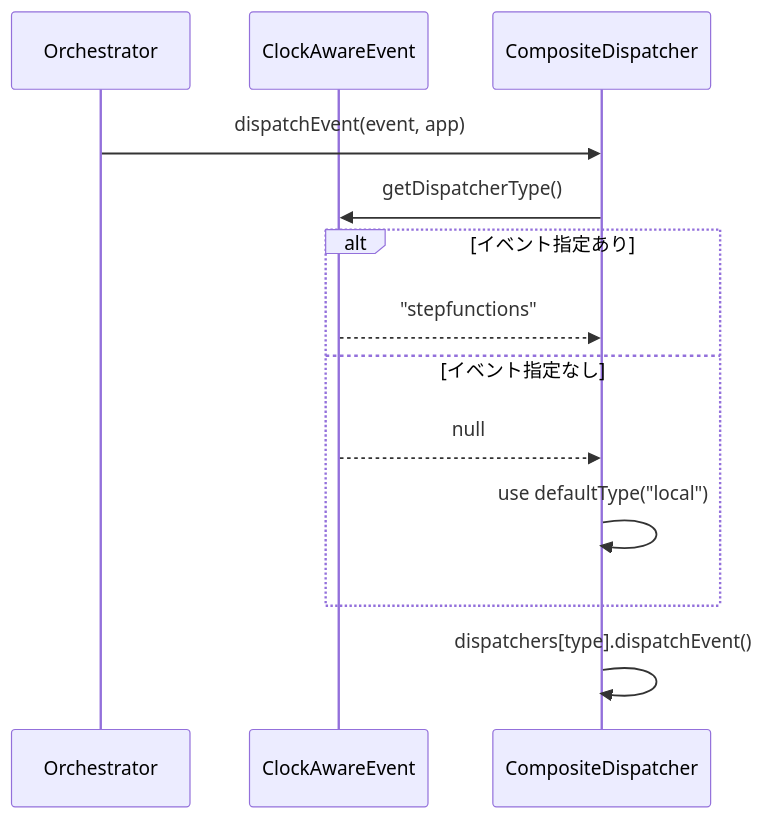
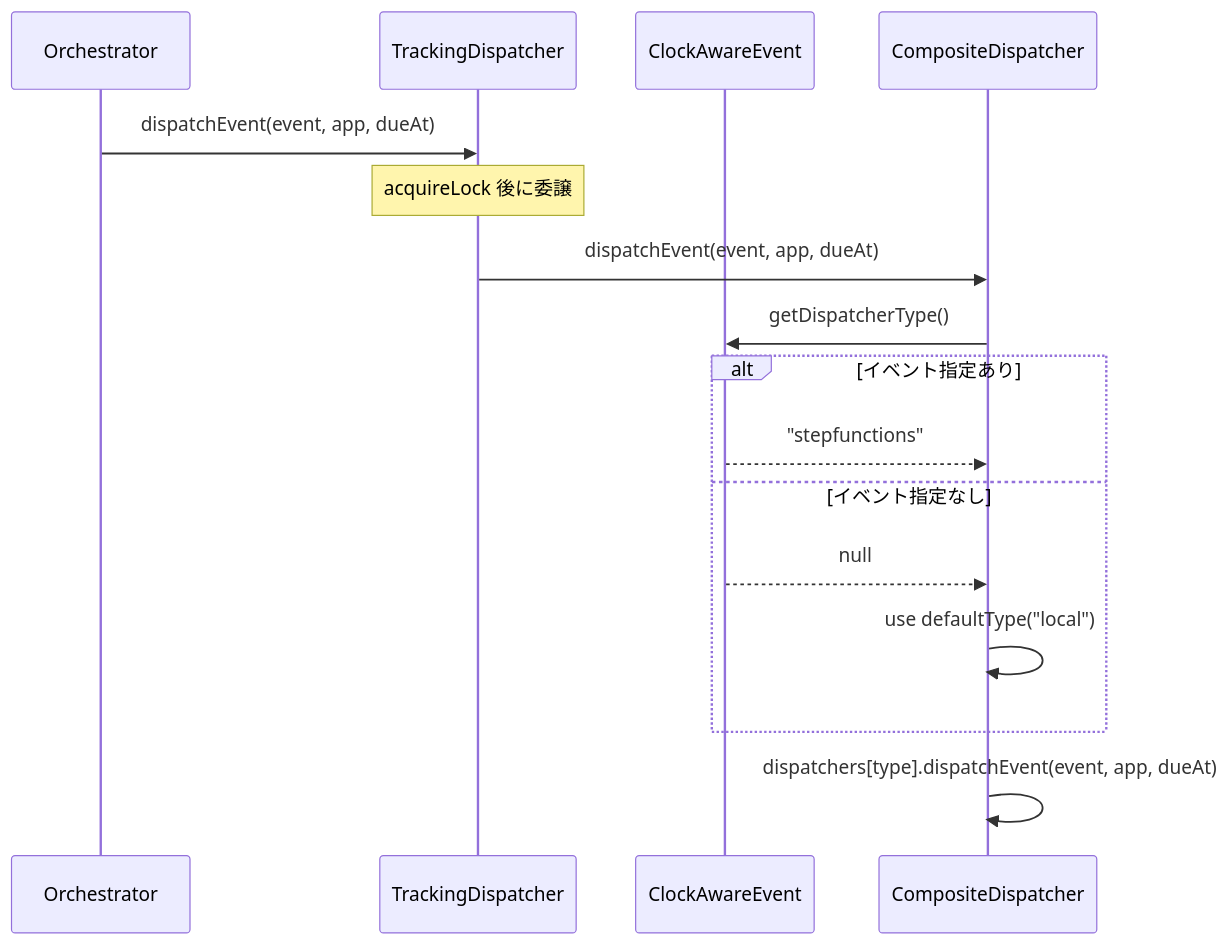
One commit to rakkofield/laravel-graceful-schedule-worker changed the fourth of 4 diagrams in docs/DESIGN.md. Above: the diagram before and after it, drawn with Mermaid. The commit also changed other lines of this file and 8 other files, not shown here.

````diff
--- a/docs/DESIGN.md
+++ b/docs/DESIGN.md
@@ -440,18 +477,21 @@
 ```mermaid
 sequenceDiagram
     participant Orch as Orchestrator
+    participant TDisp as TrackingDispatcher
     participant Event as ClockAwareEvent
     participant Comp as CompositeDispatcher
 
-    Orch->>Comp: dispatchEvent(event, app)
+    Orch->>TDisp: dispatchEvent(event, app, dueAt)
+    Note over TDisp: acquireLock 後に委譲
+    TDisp->>Comp: dispatchEvent(event, app, dueAt)
     Comp->>Event: getDispatcherType()
 
     alt イベント指定あり
         Event-->>Comp: "stepfunctions"
     else イベント指定なし
         Event-->>Comp: null
         Comp->>Comp: use defaultType("local")
     end
 
-    Comp->>Comp: dispatchers[type].dispatchEvent()
+    Comp->>Comp: dispatchers[type].dispatchEvent(event, app, dueAt)
 ```
````
